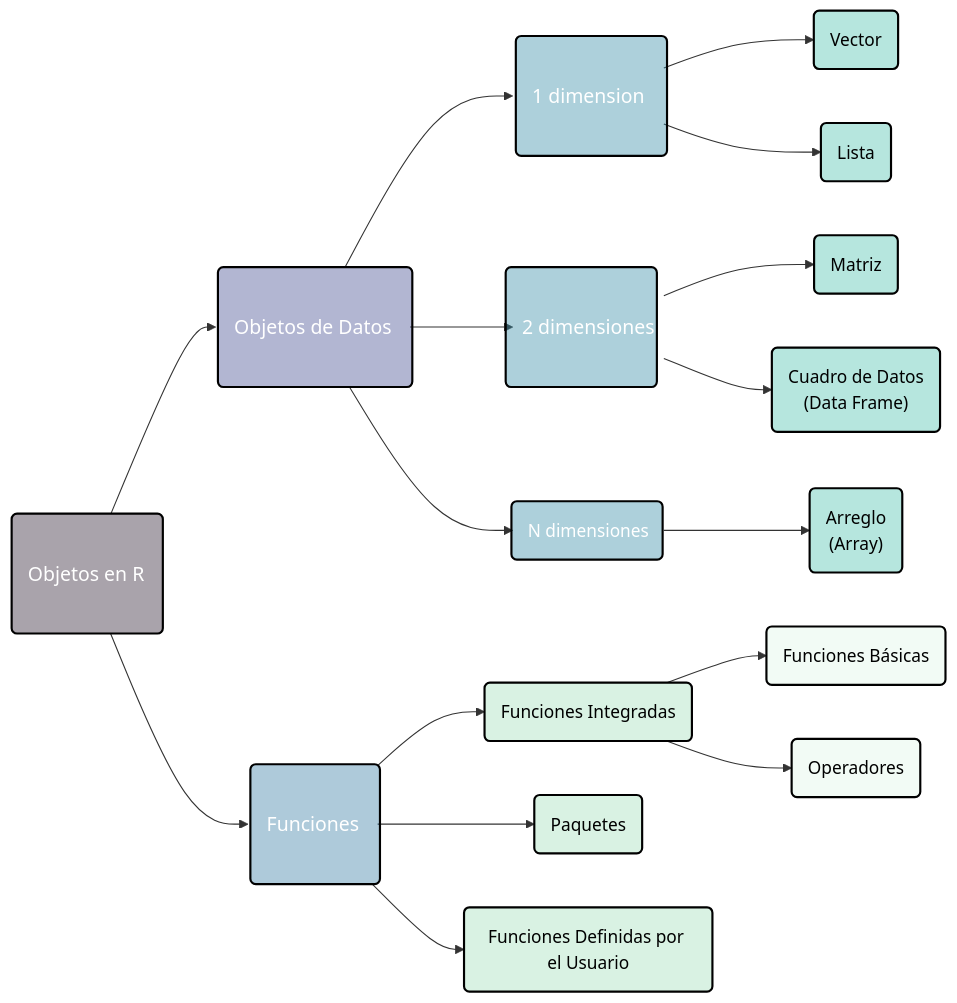
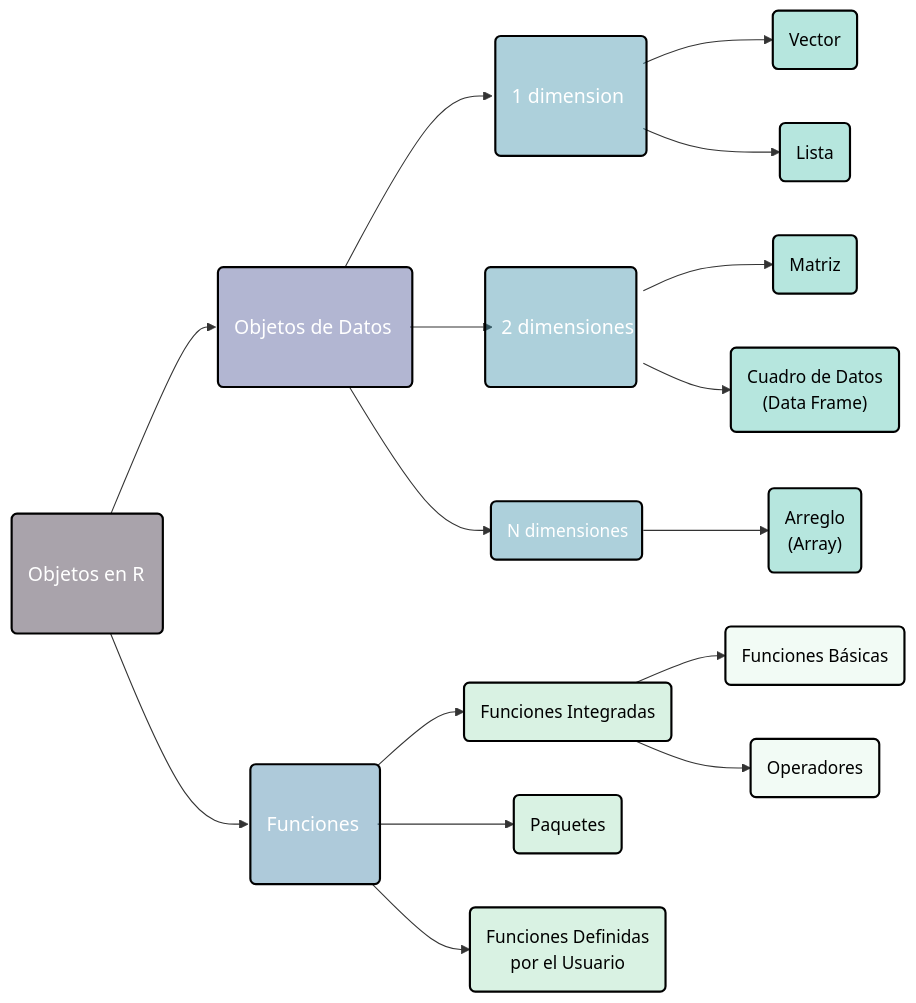
Before and after one commit to maRce10/r_avanzado_2026: the first of 3 diagrams in fundamentos_de_r.qmd, drawn with Mermaid. The commit also changed other lines of this file and 232 other files, not shown here.

Commit message:
fix mermaid diagrams

````diff
--- a/fundamentos_de_r.qmd
+++ b/fundamentos_de_r.qmd
@@ -71,44 +71,44 @@
 ```{mermaid}
 
 flowchart LR
     classDef largeText font-size:18px, padding:15px;
 
     R(Objetos en R) --> D(Objetos de Datos)
     D --> D1(1 dimension)
     D --> D2(2 dimensiones)
     D --> DN(N dimensiones)
     R --> F(Funciones)
     
     D1 --> V(Vector)
     D1 --> L(Lista)
     D2 --> M(Matriz)
     D2 --> DF("Cuadro de Datos <br>(Data Frame)")
     DN --> AR("Arreglo <br>(Array)")
 
     F --> BF(Funciones Integradas)
     BF --> BA(Funciones Básicas)
     BF --> OP(Operadores)
     F --> PF(Paquetes)
-    F --> UF(Funciones Definidas por el Usuario)
+    F --> UF("Funciones Definidas</br>por el Usuario")
 
     class R,D,D1,D2,F largeText;
 
     style R fill:#28192F66, stroke:#000, stroke-width:2px, color:#FFF, width:140px
     style D fill:#40498E66, stroke:#000, stroke-width:2px, color:#FFF, width:180px
     style D1 fill:#348AA666, stroke:#000, stroke-width:2px, color:#FFF, width:140px
     style D2 fill:#348AA666, stroke:#000, stroke-width:2px, color:#FFF, width:140px
     style DN fill:#348AA666, stroke:#000, stroke-width:2px, color:#FFF, width:140px
     style F fill:#357BA266, stroke:#000, stroke-width:2px, color:#FFF, width:120px
     style DF fill:#49C1AD66, stroke:#000, stroke-width:2px, color:#000
     style AR fill:#49C1AD66, stroke:#000, stroke-width:2px, color:#000
     style V fill:#49C1AD66, stroke:#000, stroke-width:2px, color:#000
     style M fill:#49C1AD66, stroke:#000, stroke-width:2px, color:#000
     style L fill:#49C1AD66, stroke:#000, stroke-width:2px, color:#000
     style BF fill:#A0DFB966, stroke:#000, stroke-width:2px, color:#000
     style BA fill:#DEF5E566, stroke:#000, stroke-width:2px, color:#000
     style OP fill:#DEF5E566, stroke:#000, stroke-width:2px, color:#000    
     style PF fill:#A0DFB966, stroke:#000, stroke-width:2px, color:#000000
     style UF fill:#A0DFB966, stroke:#000, stroke-width:2px, color:#000
 
 
 ```
````
